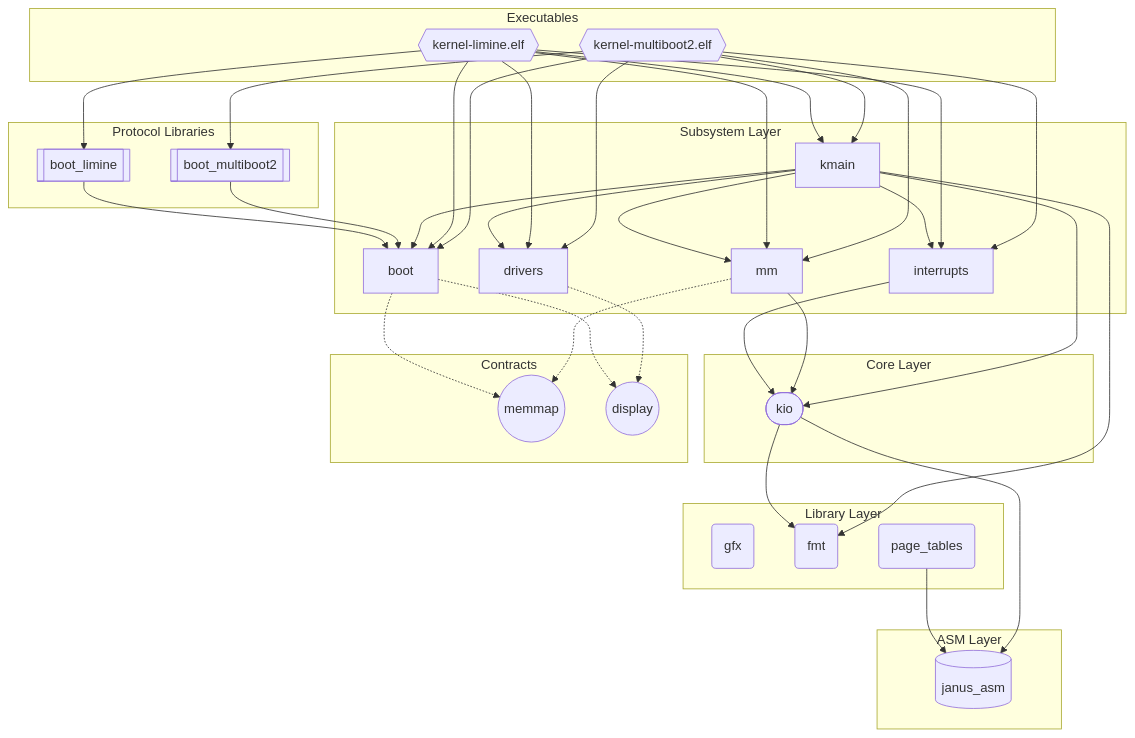
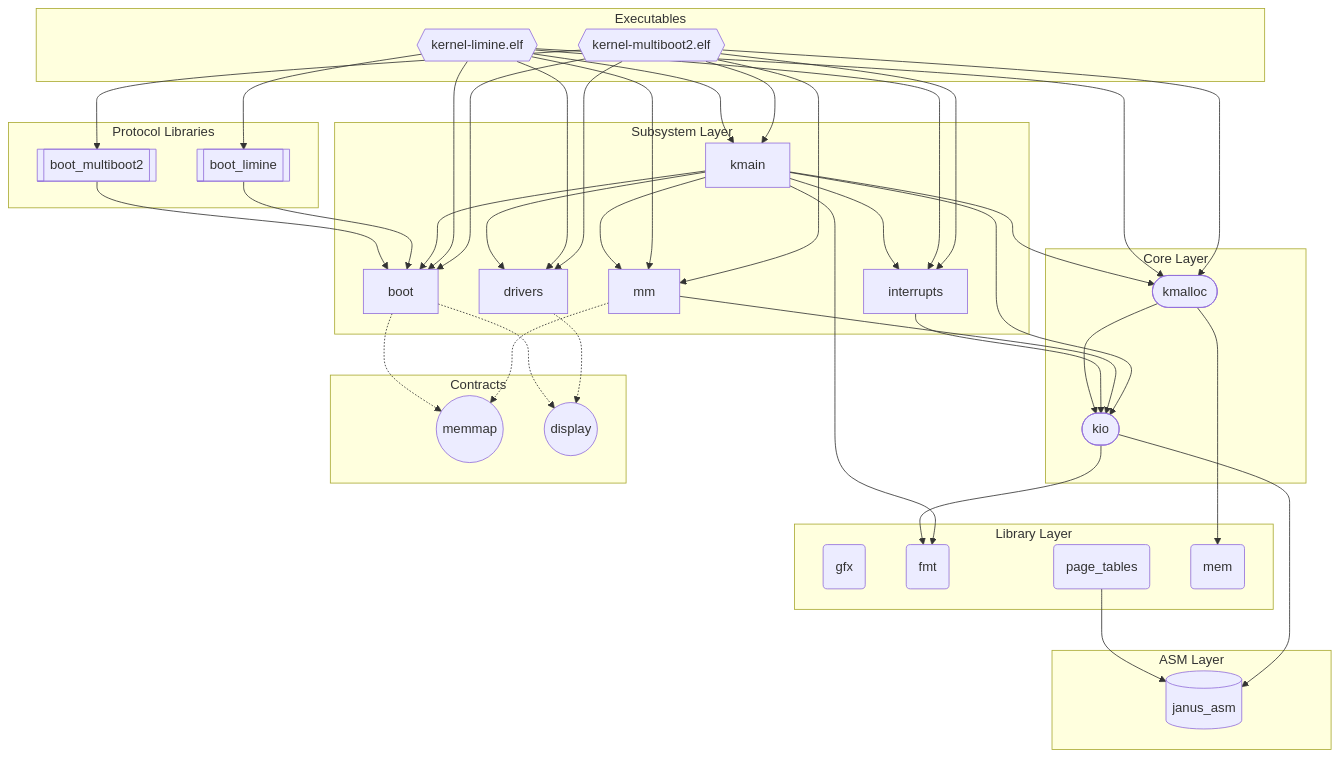
The diagram in docs/generated/deps-x86_64.md (FrederikTobner/JANUS), drawn with Mermaid before and after one commit. The commit also changed 98 other files, not shown here.

````diff
--- a/docs/generated/deps-x86_64.md
+++ b/docs/generated/deps-x86_64.md
@@ -3,62 +3,69 @@
 ```mermaid
 graph TD
   subgraph library_layer["Library Layer"]
     gfx("gfx")
     fmt("fmt")
     page_tables("page_tables")
+    mem("mem")
   end
   subgraph core_layer["Core Layer"]
     kio(["kio"])
+    kmalloc(["kmalloc"])
   end
   subgraph subsystem_layer["Subsystem Layer"]
     boot["boot"]
     drivers["drivers"]
     interrupts["interrupts"]
     mm["mm"]
     kmain["kmain"]
   end
   subgraph protocol_libraries["Protocol Libraries"]
+    boot_multiboot2[["boot_multiboot2"]]
     boot_limine[["boot_limine"]]
-    boot_multiboot2[["boot_multiboot2"]]
   end
   subgraph executables["Executables"]
     kernel_limine_elf{{"kernel-limine.elf"}}
     kernel_multiboot2_elf{{"kernel-multiboot2.elf"}}
   end
   subgraph asm_layer["ASM Layer"]
     janus_asm[("janus_asm")]
   end
   subgraph contracts["Contracts"]
     janus_contract_memmap(("memmap"))
     janus_contract_display(("display"))
   end
   page_tables --> janus_asm
   kio --> fmt
   kio --> janus_asm
+  kmalloc --> mem
+  kmalloc --> kio
   boot -.-> janus_contract_memmap
   boot -.-> janus_contract_display
+  boot_multiboot2 --> boot
   boot_limine --> boot
-  boot_multiboot2 --> boot
   drivers -.-> janus_contract_display
   interrupts --> kio
   mm --> kio
   mm -.-> janus_contract_memmap
   kmain --> drivers
   kmain --> boot
   kmain --> fmt
   kmain --> interrupts
   kmain --> kio
+  kmain --> kmalloc
   kmain --> mm
   kernel_limine_elf --> boot
   kernel_limine_elf --> boot_limine
   kernel_limine_elf --> drivers
   kernel_limine_elf --> interrupts
+  kernel_limine_elf --> kmalloc
   kernel_limine_elf --> mm
   kernel_limine_elf --> kmain
   kernel_multiboot2_elf --> boot
   kernel_multiboot2_elf --> boot_multiboot2
   kernel_multiboot2_elf --> drivers
   kernel_multiboot2_elf --> interrupts
+  kernel_multiboot2_elf --> kmalloc
   kernel_multiboot2_elf --> mm
   kernel_multiboot2_elf --> kmain
 ```
````
